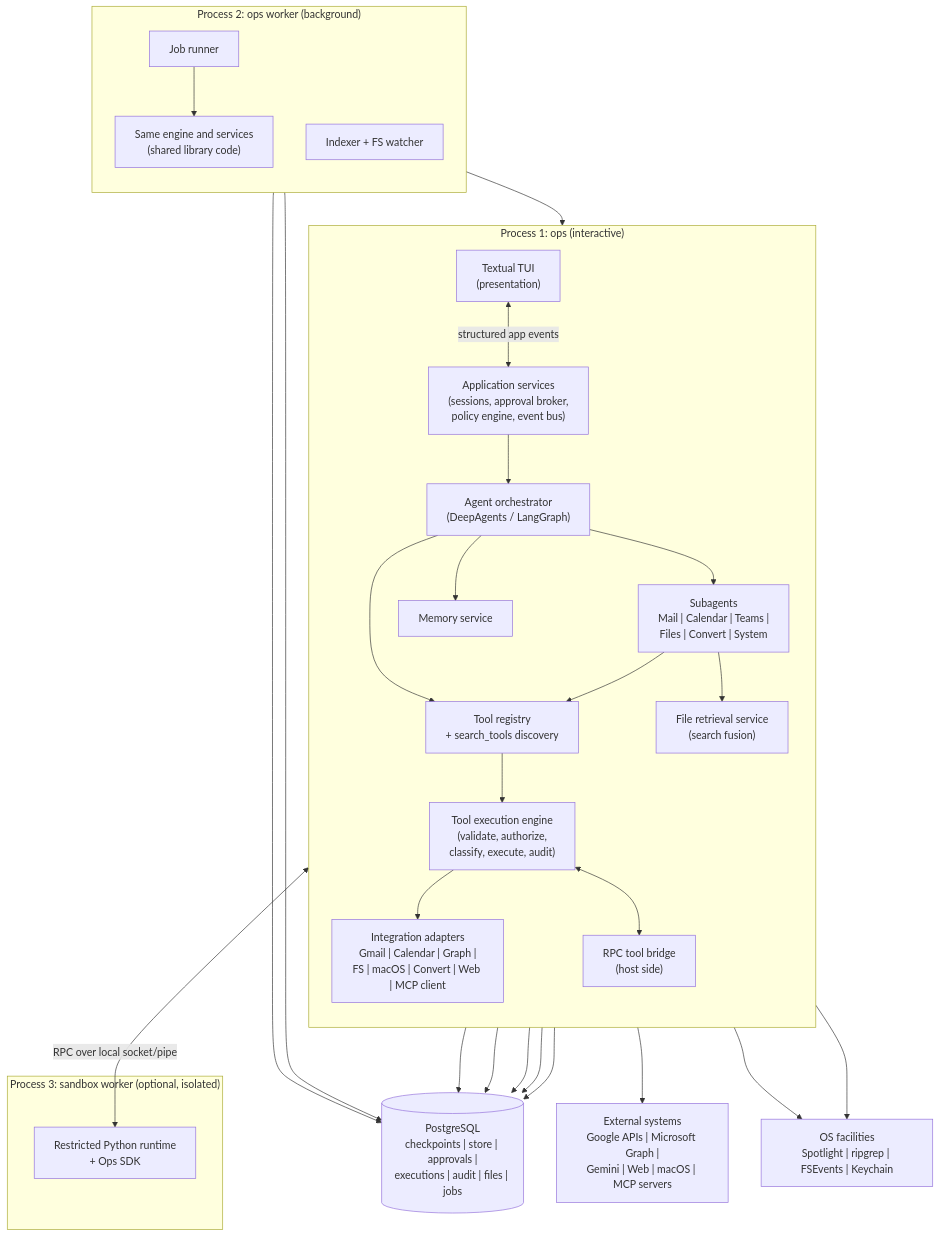
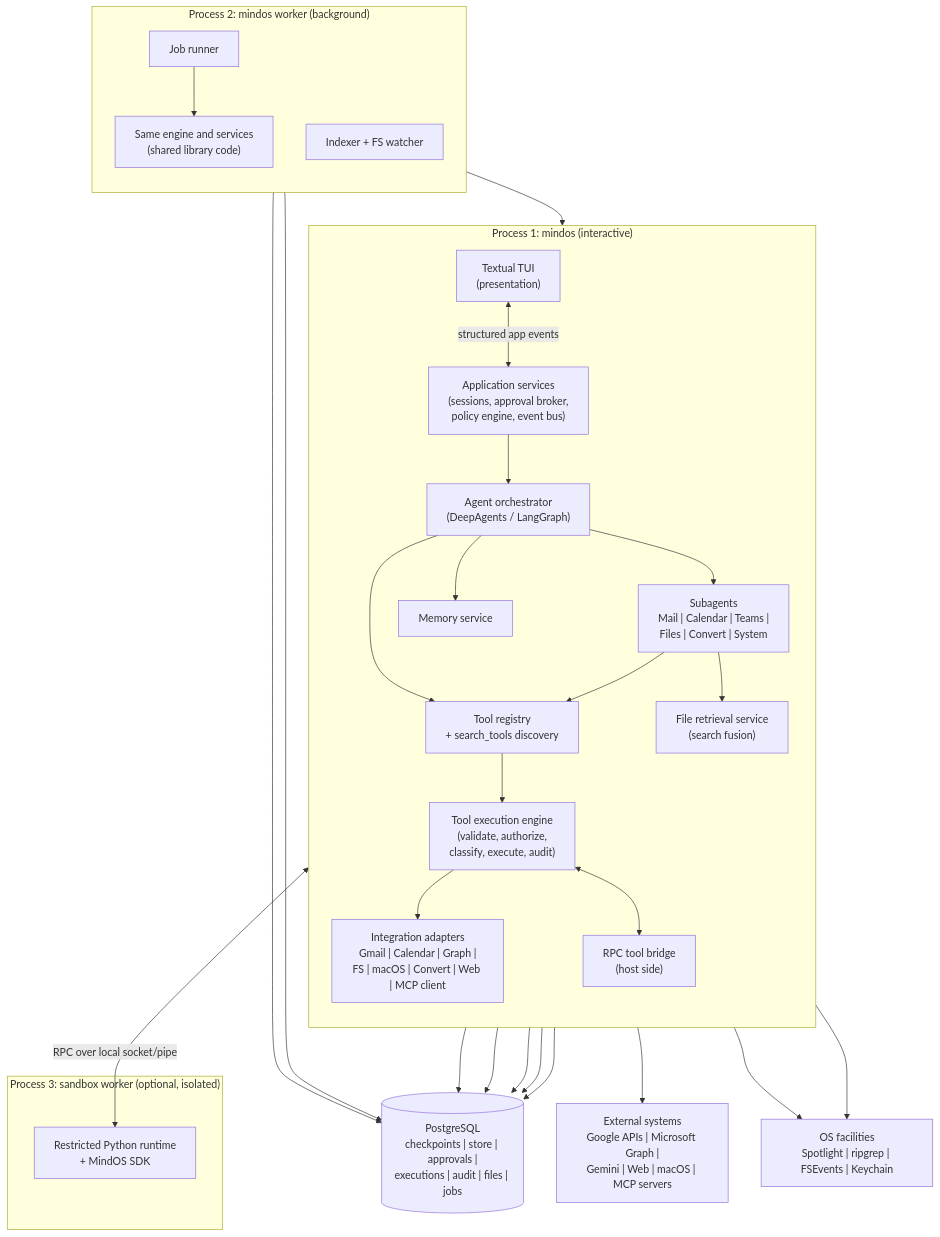
The first of 6 diagrams in docs/ARCHITECTURE.md (zerodaydream/mind_os), drawn with Mermaid before and after one commit. The commit also changed other lines of this file and 150 other files, not shown here.

````diff
--- a/docs/ARCHITECTURE.md
+++ b/docs/ARCHITECTURE.md
@@ -45,55 +48,55 @@
 ```mermaid
 flowchart TB
-  subgraph P1["Process 1: ops (interactive)"]
+  subgraph P1["Process 1: mindos (interactive)"]
     direction TB
     TUI["Textual TUI\n(presentation)"]
     APP["Application services\n(sessions, approval broker,\npolicy engine, event bus)"]
     ORCH["Agent orchestrator\n(DeepAgents / LangGraph)"]
     SUB["Subagents\nMail | Calendar | Teams |\nFiles | Convert | System"]
     REG["Tool registry\n+ search_tools discovery"]
     ENG["Tool execution engine\n(validate, authorize,\nclassify, execute, audit)"]
     BRIDGE["RPC tool bridge\n(host side)"]
     MEM["Memory service"]
     RET["File retrieval service\n(search fusion)"]
     INT["Integration adapters\nGmail | Calendar | Graph |\nFS | macOS | Convert | Web | MCP client"]
   end
 
-  subgraph P2["Process 2: ops worker (background)"]
+  subgraph P2["Process 2: mindos worker (background)"]
     direction TB
     JOBS["Job runner"]
     IDX["Indexer + FS watcher"]
     W_ENG["Same engine and services\n(shared library code)"]
   end
 
   subgraph P3["Process 3: sandbox worker (optional, isolated)"]
-    SBX["Restricted Python runtime\n+ Ops SDK"]
+    SBX["Restricted Python runtime\n+ MindOS SDK"]
   end
 
   PG[("PostgreSQL\ncheckpoints | store | approvals |\nexecutions | audit | files | jobs")]
   EXT["External systems\nGoogle APIs | Microsoft Graph |\nGemini | Web | macOS | MCP servers"]
   OS["OS facilities\nSpotlight | ripgrep | FSEvents | Keychain"]
 
   TUI <-->|"structured app events"| APP
   APP --> ORCH
   ORCH --> SUB
   ORCH --> REG
   SUB --> REG
   REG --> ENG
   ENG --> INT
   ENG <--> BRIDGE
   BRIDGE <-->|"RPC over local socket/pipe"| SBX
   ORCH --> MEM
   SUB --> RET
   RET --> OS
   INT --> EXT
   INT --> OS
   APP --> PG
   MEM --> PG
   ENG --> PG
   RET --> PG
   ORCH --> PG
   JOBS --> PG
   IDX --> PG
   JOBS --> W_ENG
   W_ENG --> INT
 ```
````
